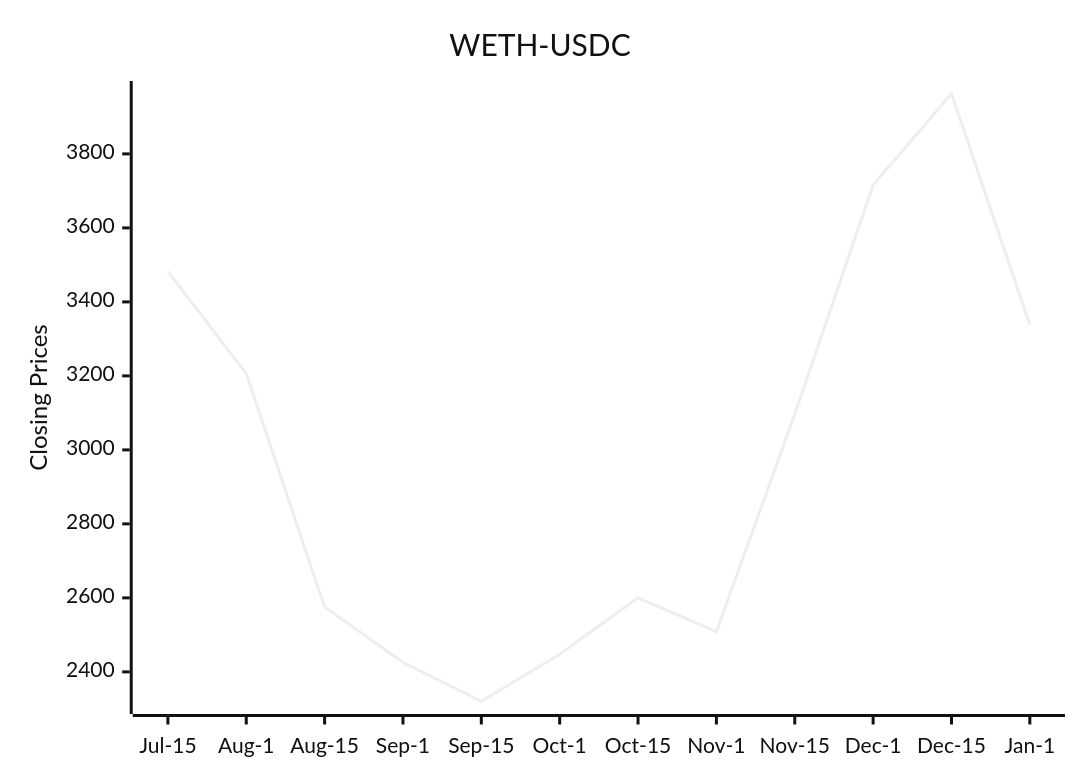
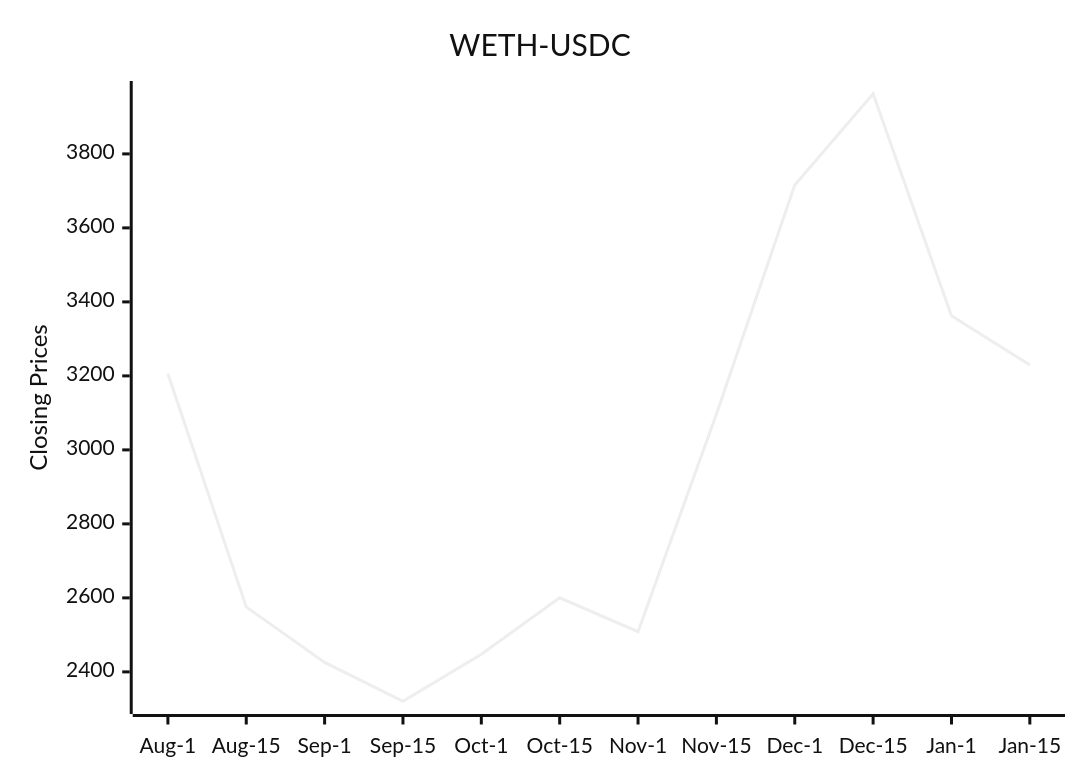
One commit to bicced/ReadmeCryptoPriceChart changed the diagram in README.md. Above: the diagram before and after it, drawn with Mermaid (neutral theme).

Commit message:
Update README with latest DEX data

````diff
--- a/README.md
+++ b/README.md
@@ -6,7 +6,7 @@
 ```mermaid
 xychart-beta
   title "WETH-USDC"
-  x-axis [Jul-15,Aug-1,Aug-15,Sep-1,Sep-15,Oct-1,Oct-15,Nov-1,Nov-15,Dec-1,Dec-15,Jan-1]
+  x-axis [Aug-1,Aug-15,Sep-1,Sep-15,Oct-1,Oct-15,Nov-1,Nov-15,Dec-1,Dec-15,Jan-1,Jan-15]
   y-axis "Closing Prices" 2320.61761915807 --> 3962.56899349177
-  line [3482.40990196361,3205.99009674922,2575.67729986359,2425.60361929393,2320.61761915807,2447.67403957906,2600.26757373328,2508.72962693621,3096.49585789669,3715.59825684283,3962.56899349177,3338.09902931744]
+  line [3205.99009674922,2575.67729986359,2425.60361929393,2320.61761915807,2447.67403957906,2600.26757373328,2508.72962693621,3096.49585789669,3715.59825684283,3962.56899349177,3362.281527969,3229.63294690642]
 ```
````
